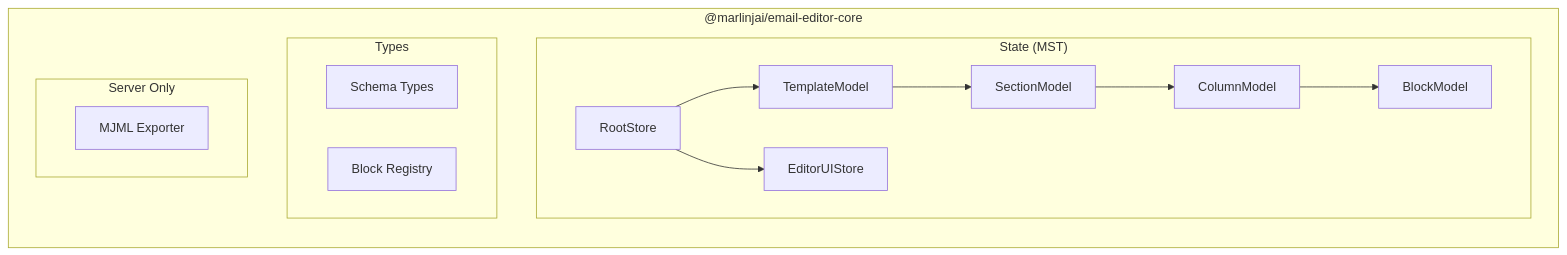
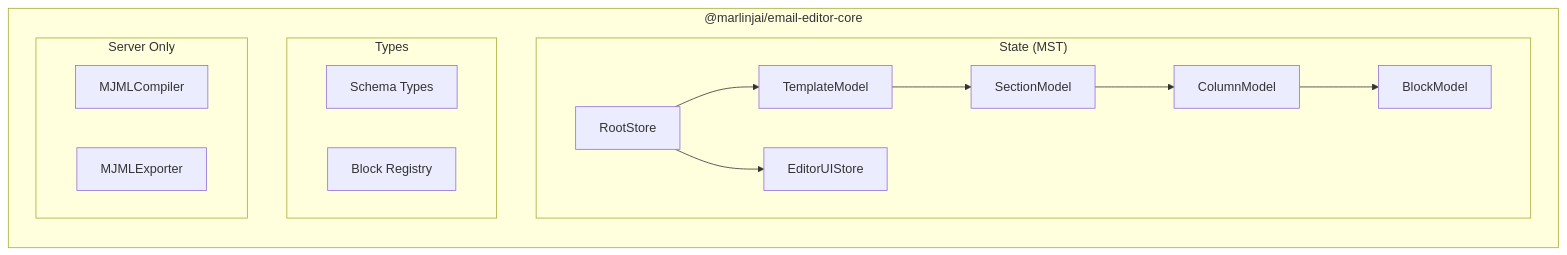
The second of 5 diagrams in docs/public/architecture.md (marlinjai/email-editor), drawn with Mermaid before and after one commit. The commit also changed other lines of this file and 8 other files, not shown here.

````diff
--- a/docs/public/architecture.md
+++ b/docs/public/architecture.md
@@ -47,28 +73,29 @@
 ```mermaid
 graph LR
     subgraph "@marlinjai/email-editor-core"
         subgraph "State (MST)"
             ROOT[RootStore]
             TEMPLATE[TemplateModel]
             SECTION[SectionModel]
             COLUMN[ColumnModel]
             BLOCK[BlockModel]
             UI_STATE[EditorUIStore]
         end
 
         subgraph "Types"
             SCHEMA[Schema Types]
             REGISTRY[Block Registry]
         end
 
         subgraph "Server Only"
-            MJML[MJML Exporter]
+            MJML[MJMLCompiler]
+            EXPORTER[MJMLExporter]
         end
 
         ROOT --> TEMPLATE
         ROOT --> UI_STATE
         TEMPLATE --> SECTION
         SECTION --> COLUMN
         COLUMN --> BLOCK
     end
 ```
````
